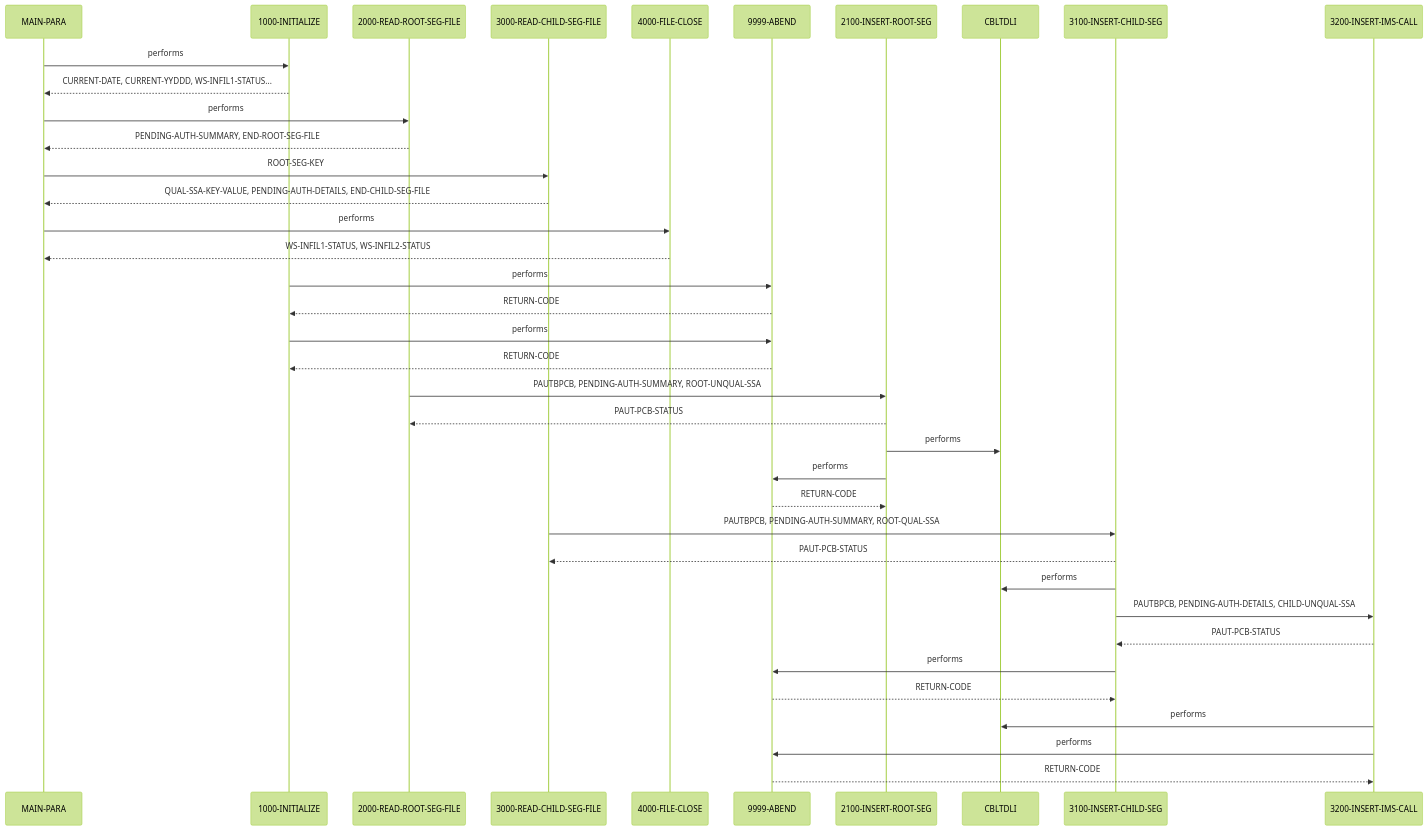
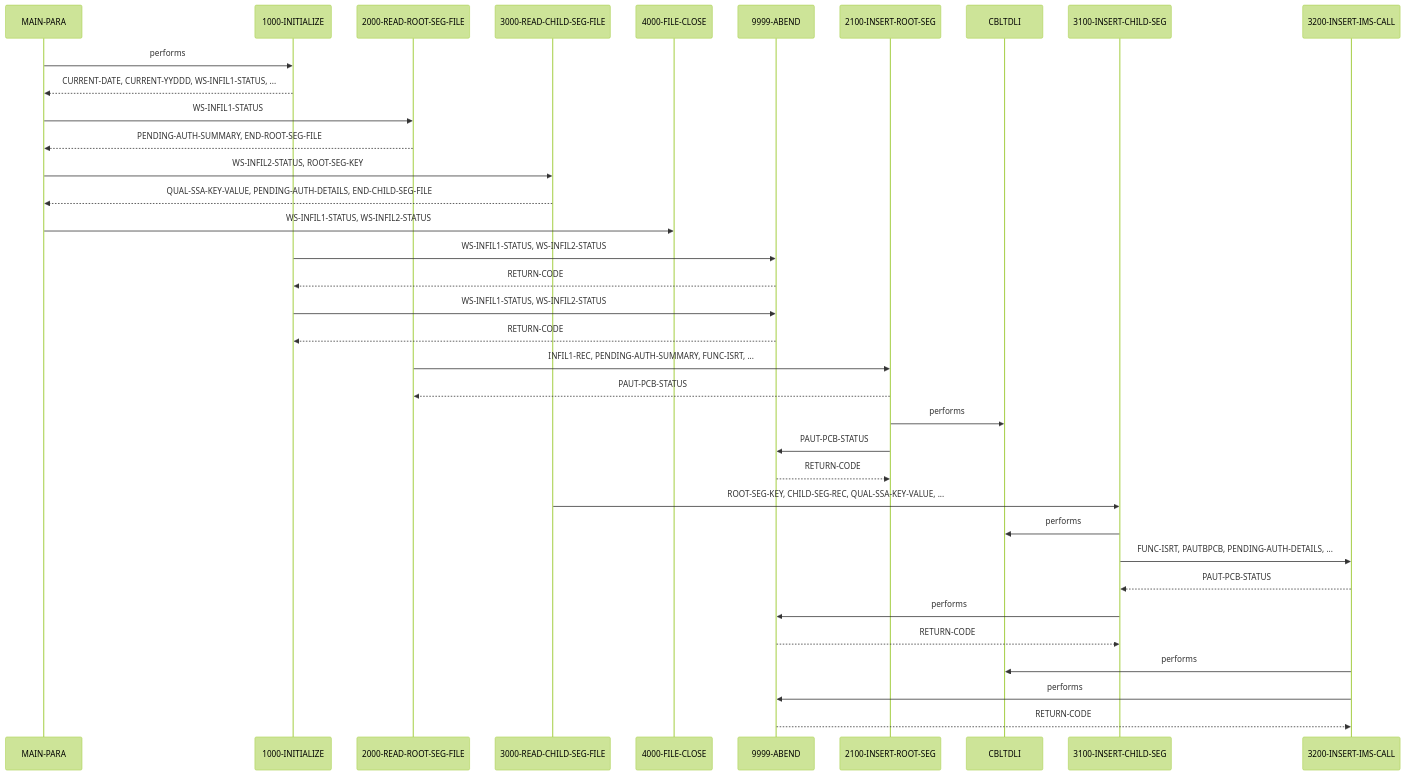
The second of 2 diagrams in example_output/documentation/cbl/PAUDBLOD.CBL.md (andrasfe/war_rig), drawn with Mermaid (forest theme) before and after one commit. The commit also changed other lines of this file and 171 other files, not shown here.

````diff
--- a/example_output/documentation/cbl/PAUDBLOD.CBL.md
+++ b/example_output/documentation/cbl/PAUDBLOD.CBL.md
@@ -187,30 +107,28 @@
 ```mermaid
 sequenceDiagram
     MAIN-PARA->>1000-INITIALIZE: performs
-    1000-INITIALIZE-->>MAIN-PARA: CURRENT-DATE, CURRENT-YYDDD, WS-INFIL1-STATUS...
-    MAIN-PARA->>2000-READ-ROOT-SEG-FILE: performs
+    1000-INITIALIZE-->>MAIN-PARA: CURRENT-DATE, CURRENT-YYDDD, WS-INFIL1-STATUS, ...
+    MAIN-PARA->>2000-READ-ROOT-SEG-FILE: WS-INFIL1-STATUS
     2000-READ-ROOT-SEG-FILE-->>MAIN-PARA: PENDING-AUTH-SUMMARY, END-ROOT-SEG-FILE
-    MAIN-PARA->>3000-READ-CHILD-SEG-FILE: ROOT-SEG-KEY
+    MAIN-PARA->>3000-READ-CHILD-SEG-FILE: WS-INFIL2-STATUS, ROOT-SEG-KEY
     3000-READ-CHILD-SEG-FILE-->>MAIN-PARA: QUAL-SSA-KEY-VALUE, PENDING-AUTH-DETAILS, END-CHILD-SEG-FILE
-    MAIN-PARA->>4000-FILE-CLOSE: performs
-    4000-FILE-CLOSE-->>MAIN-PARA: WS-INFIL1-STATUS, WS-INFIL2-STATUS
-    1000-INITIALIZE->>9999-ABEND: performs
+    MAIN-PARA->>4000-FILE-CLOSE: WS-INFIL1-STATUS, WS-INFIL2-STATUS
+    1000-INITIALIZE->>9999-ABEND: WS-INFIL1-STATUS, WS-INFIL2-STATUS
     9999-ABEND-->>1000-INITIALIZE: RETURN-CODE
-    1000-INITIALIZE->>9999-ABEND: performs
+    1000-INITIALIZE->>9999-ABEND: WS-INFIL1-STATUS, WS-INFIL2-STATUS
     9999-ABEND-->>1000-INITIALIZE: RETURN-CODE
-    2000-READ-ROOT-SEG-FILE->>2100-INSERT-ROOT-SEG: PAUTBPCB, PENDING-AUTH-SUMMARY, ROOT-UNQUAL-SSA
+    2000-READ-ROOT-SEG-FILE->>2100-INSERT-ROOT-SEG: INFIL1-REC, PENDING-AUTH-SUMMARY, FUNC-ISRT, ...
     2100-INSERT-ROOT-SEG-->>2000-READ-ROOT-SEG-FILE: PAUT-PCB-STATUS
     2100-INSERT-ROOT-SEG->>CBLTDLI: performs
-    2100-INSERT-ROOT-SEG->>9999-ABEND: performs
+    2100-INSERT-ROOT-SEG->>9999-ABEND: PAUT-PCB-STATUS
     9999-ABEND-->>2100-INSERT-ROOT-SEG: RETURN-CODE
-    3000-READ-CHILD-SEG-FILE->>3100-INSERT-CHILD-SEG: PAUTBPCB, PENDING-AUTH-SUMMARY, ROOT-QUAL-SSA
-    3100-INSERT-CHILD-SEG-->>3000-READ-CHILD-SEG-FILE: PAUT-PCB-STATUS
+    3000-READ-CHILD-SEG-FILE->>3100-INSERT-CHILD-SEG: ROOT-SEG-KEY, CHILD-SEG-REC, QUAL-SSA-KEY-VALUE, ...
     3100-INSERT-CHILD-SEG->>CBLTDLI: performs
-    3100-INSERT-CHILD-SEG->>3200-INSERT-IMS-CALL: PAUTBPCB, PENDING-AUTH-DETAILS, CHILD-UNQUAL-SSA
+    3100-INSERT-CHILD-SEG->>3200-INSERT-IMS-CALL: FUNC-ISRT, PAUTBPCB, PENDING-AUTH-DETAILS, ...
     3200-INSERT-IMS-CALL-->>3100-INSERT-CHILD-SEG: PAUT-PCB-STATUS
     3100-INSERT-CHILD-SEG->>9999-ABEND: performs
     9999-ABEND-->>3100-INSERT-CHILD-SEG: RETURN-CODE
     3200-INSERT-IMS-CALL->>CBLTDLI: performs
     3200-INSERT-IMS-CALL->>9999-ABEND: performs
     9999-ABEND-->>3200-INSERT-IMS-CALL: RETURN-CODE
 ```
````
